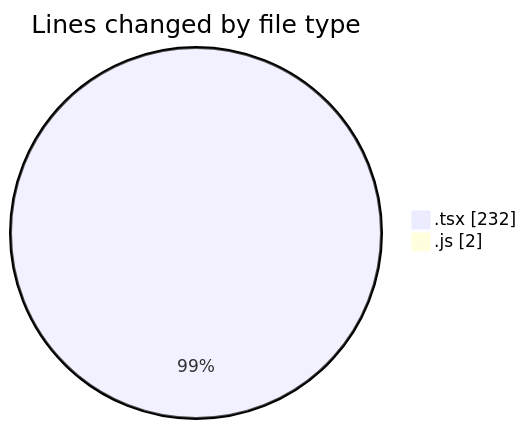
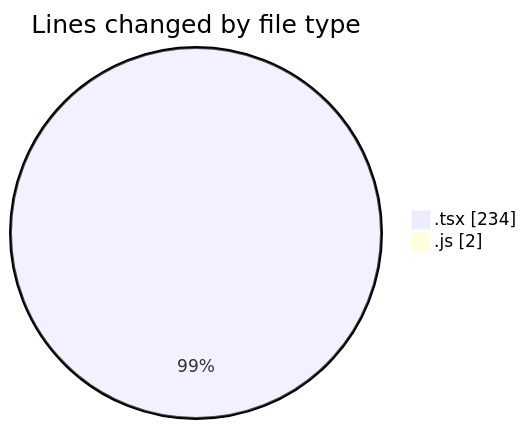
Before and after one commit to momahboobian/code-tracking: the first of 2 diagrams in 2026-05-15/cda/README.md, drawn with Mermaid. The commit also changed other lines of this file and 1 other file, not shown here.

````diff
--- a/2026-05-15/cda/README.md
+++ b/2026-05-15/cda/README.md
@@ -24,6 +24,6 @@
 ```mermaid
 pie showData
 title Lines changed by file type
-".tsx" : 232
+".tsx" : 234
 ".js" : 2
 ```
````
